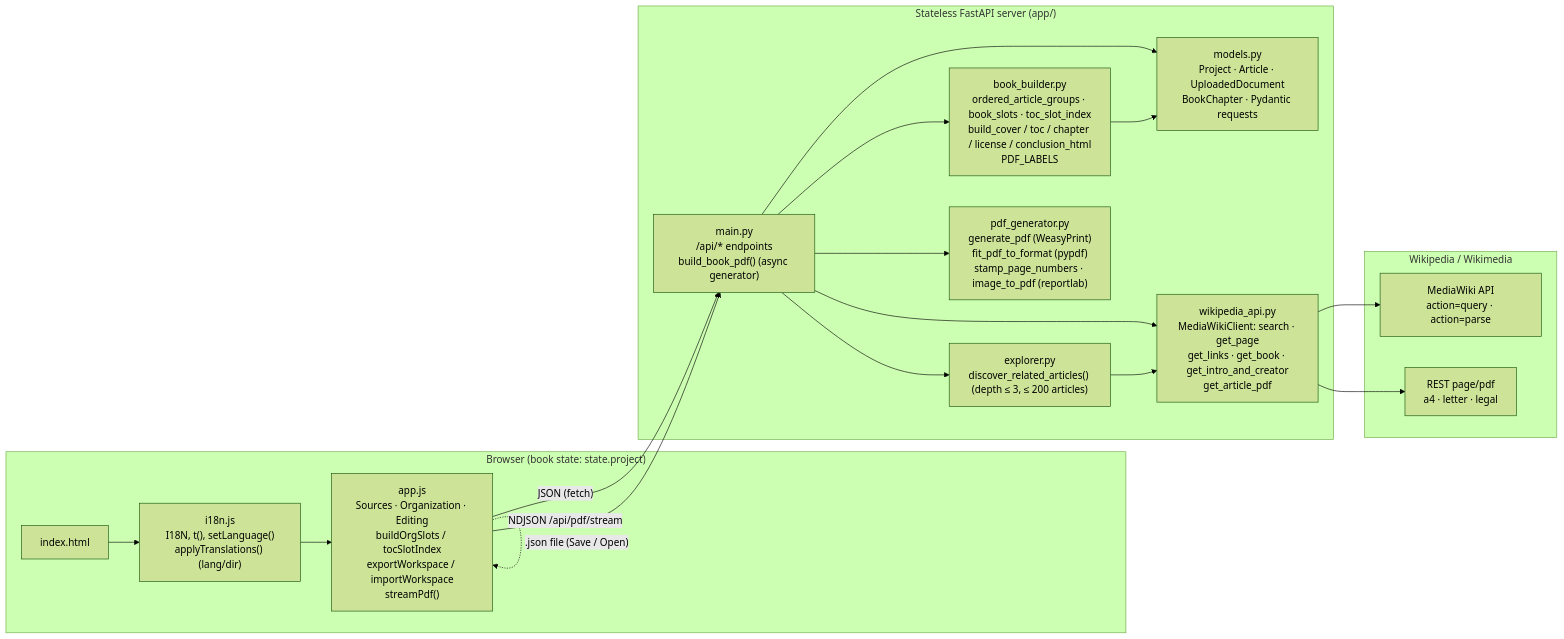
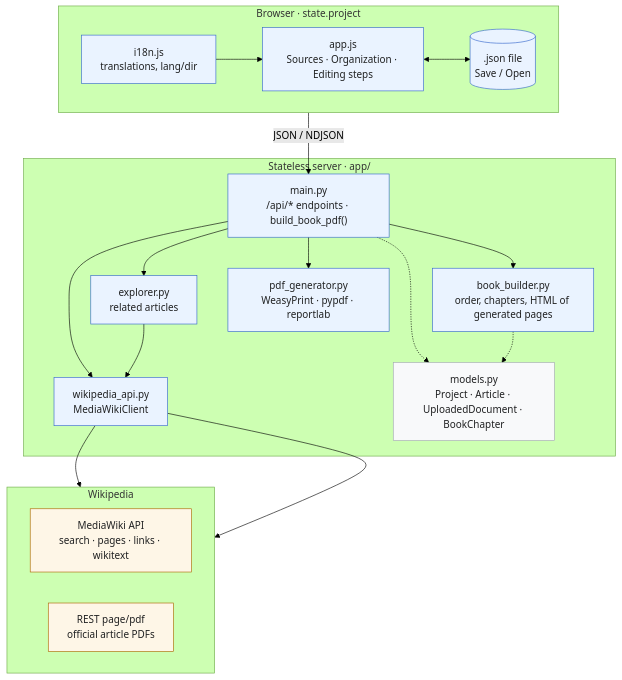
One commit to gmoulard/wikipedia2book changed the first of 2 diagrams in SPECIFICATIONS.en.md. Above: the diagram before and after it, drawn with Mermaid (forest theme). The commit also changed other lines of this file and 2 other files, not shown here.

Commit message:
docs: schémas clarifiés, API Wikipédia détaillée, table des matières complète, auteur dans l'historique

````diff
--- a/SPECIFICATIONS.en.md
+++ b/SPECIFICATIONS.en.md
@@ -833,36 +839,44 @@
 ```mermaid
-flowchart LR
-    subgraph Browser["Browser (book state: state.project)"]
-        HTML["index.html"]
-        I18N["i18n.js<br/>I18N, t(), setLanguage()<br/>applyTranslations() (lang/dir)"]
-        APP["app.js<br/>Sources · Organization · Editing<br/>buildOrgSlots / tocSlotIndex<br/>exportWorkspace / importWorkspace<br/>streamPdf()"]
-        HTML --> I18N --> APP
+flowchart TB
+    subgraph Browser["Browser · state.project"]
+        direction LR
+        I18N["i18n.js<br/>translations, lang/dir"]
+        APP["app.js<br/>Sources · Organization · Editing steps"]
+        FILE[(".json file<br/>Save / Open")]
+        I18N --> APP
+        APP <--> FILE
     end
 
-    subgraph Server["Stateless FastAPI server (app/)"]
-        MAIN["main.py<br/>/api/* endpoints<br/>build_book_pdf() (async generator)"]
-        MODELS["models.py<br/>Project · Article · UploadedDocument<br/>BookChapter · Pydantic requests"]
-        WAPI["wikipedia_api.py<br/>MediaWikiClient: search · get_page<br/>get_links · get_book · get_intro_and_creator<br/>get_article_pdf"]
-        EXPL["explorer.py<br/>discover_related_articles() (depth ≤ 3, ≤ 200 articles)"]
-        BB["book_builder.py<br/>ordered_article_groups · book_slots · toc_slot_index<br/>build_cover / toc / chapter / license / conclusion_html<br/>PDF_LABELS"]
-        PDFG["pdf_generator.py<br/>generate_pdf (WeasyPrint)<br/>fit_pdf_to_format (pypdf)<br/>stamp_page_numbers · image_to_pdf (reportlab)"]
+    subgraph Server["Stateless server · app/"]
+        MAIN["main.py<br/>/api/* endpoints · build_book_pdf()"]
+        EXPL["explorer.py<br/>related articles"]
+        BB["book_builder.py<br/>order, chapters, HTML of generated pages"]
+        PDFG["pdf_generator.py<br/>WeasyPrint · pypdf · reportlab"]
+        WAPI["wikipedia_api.py<br/>MediaWikiClient"]
+        MODELS["models.py<br/>Project · Article · UploadedDocument · BookChapter"]
+        MAIN --> EXPL
+        MAIN --> BB
+        MAIN --> PDFG
+        MAIN --> WAPI
+        EXPL --> WAPI
     end
 
-    subgraph Wikimedia["Wikipedia / Wikimedia"]
-        MW["MediaWiki API<br/>action=query · action=parse"]
-        REST["REST page/pdf<br/>a4 · letter · legal"]
+    subgraph Wikipedia["Wikipedia"]
+        direction LR
+        MW["MediaWiki API<br/>search · pages · links · wikitext"]
+        REST["REST page/pdf<br/>official article PDFs"]
     end
 
-    APP -- "JSON (fetch)" --> MAIN
-    APP -- "NDJSON /api/pdf/stream" --> MAIN
-    APP -. ".json file (Save / Open)" .-> APP
-    MAIN --> MODELS
-    MAIN --> WAPI
-    MAIN --> EXPL
-    MAIN --> BB
-    MAIN --> PDFG
-    EXPL --> WAPI
-    BB --> MODELS
+    APP -- "JSON / NDJSON" --> MAIN
     WAPI --> MW
     WAPI --> REST
+    MAIN -.-> MODELS
+    BB -.-> MODELS
+
+    classDef app fill:#eaf3ff,stroke:#3366cc,color:#202122
+    classDef wiki fill:#fef6e7,stroke:#ac6600,color:#202122
+    classDef shared fill:#f8f9fa,stroke:#a2a9b1,color:#202122
+    class I18N,APP,FILE,MAIN,EXPL,BB,PDFG,WAPI app
+    class MW,REST wiki
+    class MODELS shared
 ```
````
